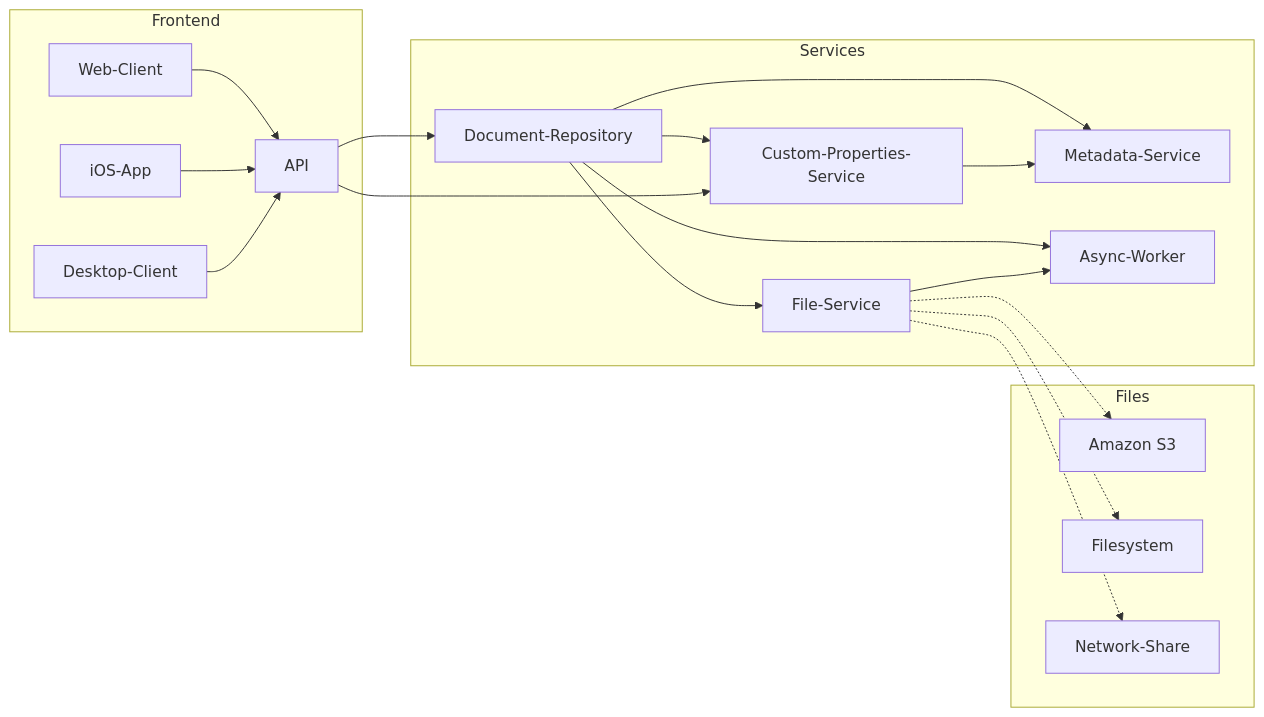
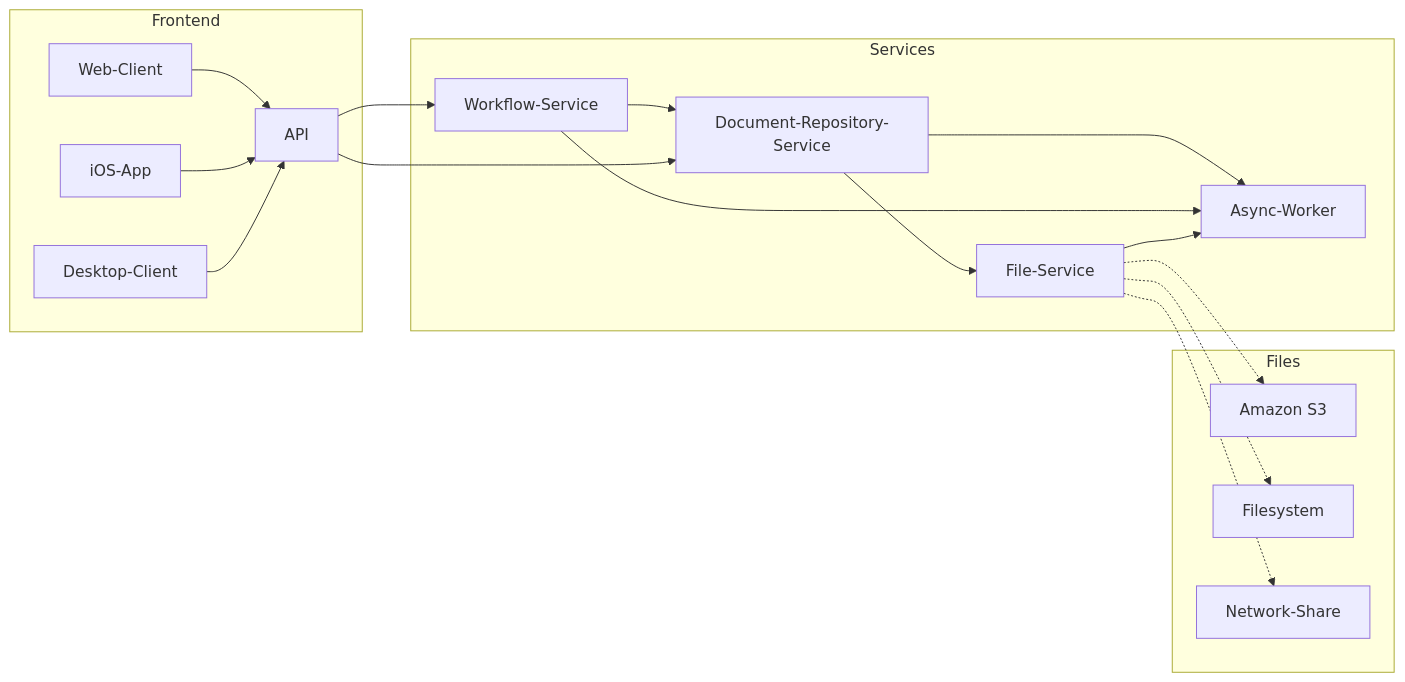
The diagram in _doc/Architecture.md (Innihald/Innihald-DMS), drawn with Mermaid before and after one commit.

Commit message:
Update Architecture.md
Remove metadata and custom property services.
Add workflow service.

````diff
--- a/_doc/Architecture.md
+++ b/_doc/Architecture.md
@@ -6,43 +6,42 @@
 ```mermaid
 graph LR
 
-doc["Document-Repository"]
+doc["Document-Repository-Service"]
 file["File-Service"]
-meta["Metadata-Service"]
-prop["Custom-Properties-Service"]
+workflow["Workflow-Service"]
 
 worker["Async-Worker"]
 
 s3["Amazon S3"]
 fs["Filesystem"]
 share["Network-Share"]
 
 api["API"]
 web["Web-Client"]
 app["iOS-App"]
 client["Desktop-Client"]
 
 subgraph Services
 doc --> file
 doc --> worker
-doc --> prop
-doc --> meta
-prop --> meta
+
+workflow --> doc
+workflow --> worker
 
 file --> worker
 end
 api --> doc
-api --> prop
+api --> workflow
 
 subgraph Frontend
 web --> api
 app --> api
 client --> api
 end
 
 subgraph Files
 file -.-> s3
 file -.-> fs
 file -.-> share
 end
 ```
````
